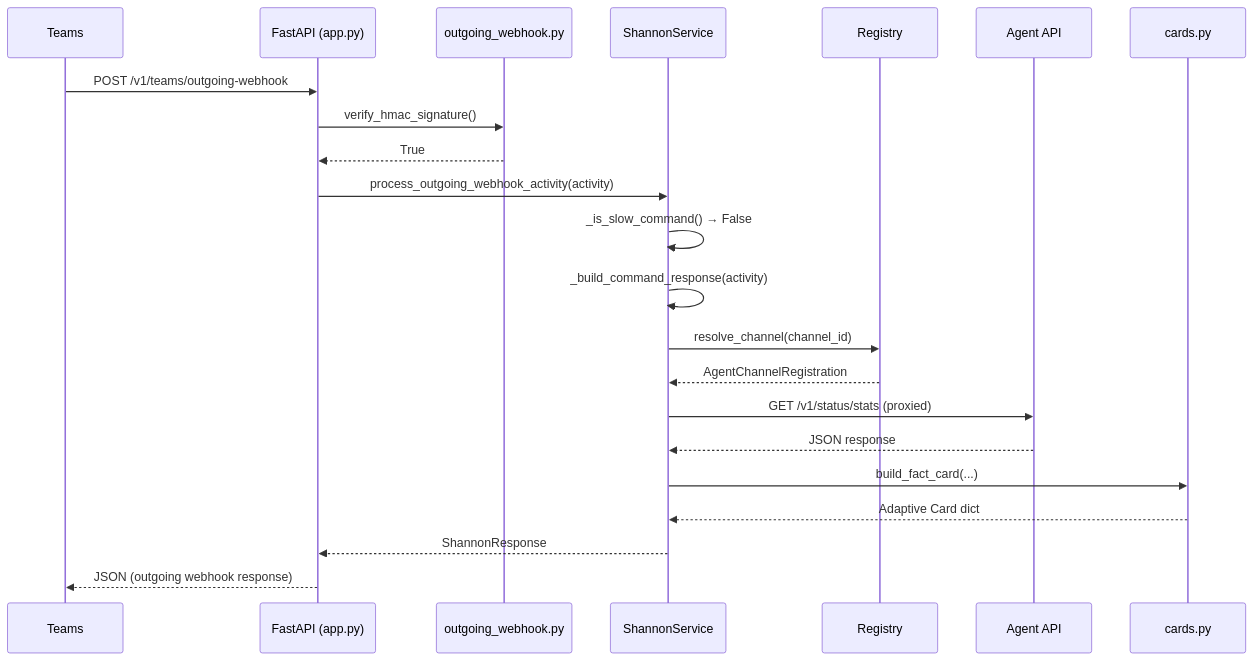
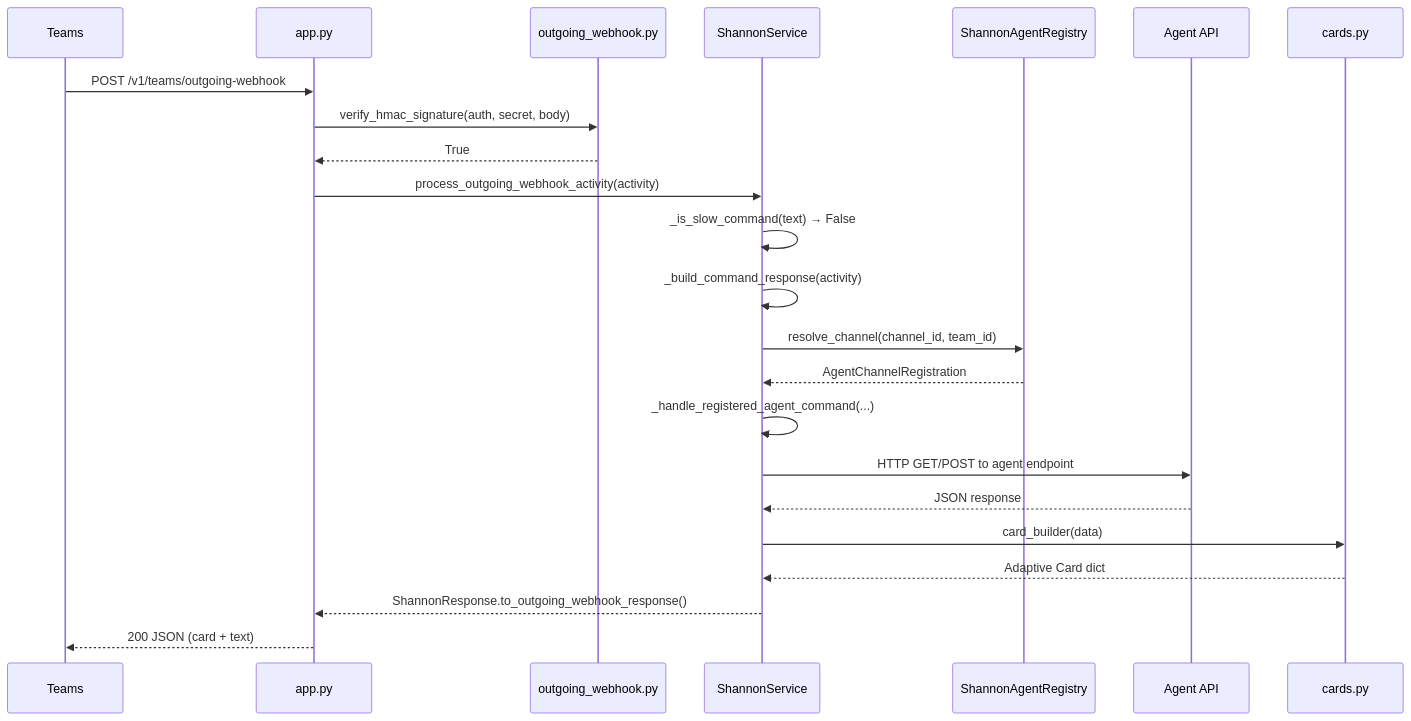
The second of 4 diagrams in docs/shannon.md (jmac-cornelis/agent-workforce), drawn with Mermaid before and after one commit. The commit also changed other lines of this file and 7 other files, not shown here.

````diff
--- a/docs/shannon.md
+++ b/docs/shannon.md
@@ -57,25 +61,26 @@
 ```mermaid
 sequenceDiagram
-    participant Teams
-    participant App as FastAPI (app.py)
-    participant WH as outgoing_webhook.py
-    participant Svc as ShannonService
-    participant Reg as Registry
-    participant Agent as Agent API
-    participant Cards as cards.py
+    participant T as Teams
+    participant A as app.py
+    participant O as outgoing_webhook.py
+    participant S as ShannonService
+    participant R as ShannonAgentRegistry
+    participant AG as Agent API
+    participant C as cards.py
 
-    Teams->>App: POST /v1/teams/outgoing-webhook
-    App->>WH: verify_hmac_signature()
-    WH-->>App: True
-    App->>Svc: process_outgoing_webhook_activity(activity)
-    Svc->>Svc: _is_slow_command() → False
-    Svc->>Svc: _build_command_response(activity)
-    Svc->>Reg: resolve_channel(channel_id)
-    Reg-->>Svc: AgentChannelRegistration
-    Svc->>Agent: GET /v1/status/stats (proxied)
-    Agent-->>Svc: JSON response
-    Svc->>Cards: build_fact_card(...)
-    Cards-->>Svc: Adaptive Card dict
-    Svc-->>App: ShannonResponse
-    App-->>Teams: JSON (outgoing webhook response)
+    T->>A: POST /v1/teams/outgoing-webhook
+    A->>O: verify_hmac_signature(auth, secret, body)
+    O-->>A: True
+    A->>S: process_outgoing_webhook_activity(activity)
+    S->>S: _is_slow_command(text) → False
+    S->>S: _build_command_response(activity)
+    S->>R: resolve_channel(channel_id, team_id)
+    R-->>S: AgentChannelRegistration
+    S->>S: _handle_registered_agent_command(...)
+    S->>AG: HTTP GET/POST to agent endpoint
+    AG-->>S: JSON response
+    S->>C: card_builder(data)
+    C-->>S: Adaptive Card dict
+    S-->>A: ShannonResponse.to_outgoing_webhook_response()
+    A-->>T: 200 JSON (card + text)
 ```
````
